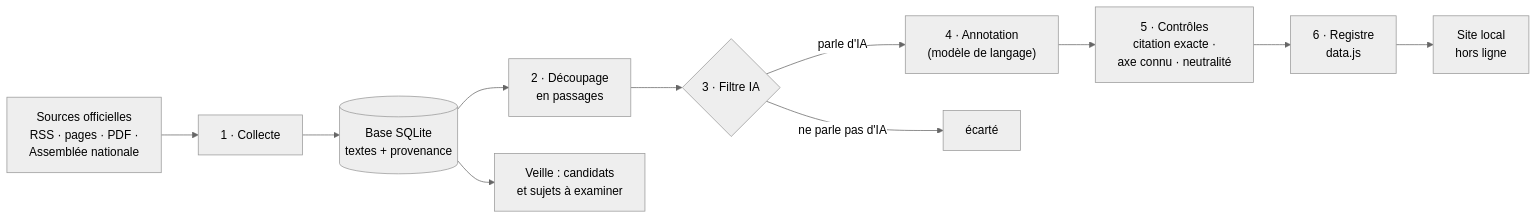
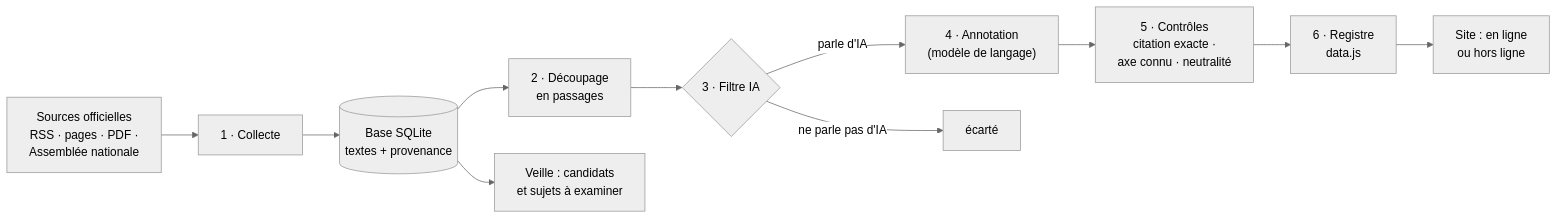
Before and after one commit to ESSEC-METALAB/ia-presidentielle: the diagram in README.md, drawn with Mermaid (neutral theme). The commit also changed other lines of this file and 1 other file, not shown here.

````diff
--- a/README.md
+++ b/README.md
@@ -90,13 +132,13 @@
 ```mermaid
 flowchart LR
     S["Sources officielles<br/>RSS · pages · PDF ·<br/>Assemblée nationale"] --> C["1 · Collecte"]
     C --> DB[("Base SQLite<br/>textes + provenance")]
     DB --> D["2 · Découpage<br/>en passages"]
     D --> F{"3 · Filtre IA"}
     F -- "parle d'IA" --> A["4 · Annotation<br/>(modèle de langage)"]
     F -- "ne parle pas d'IA" --> X["écarté"]
     A --> G["5 · Contrôles<br/>citation exacte ·<br/>axe connu · neutralité"]
     G --> R["6 · Registre<br/>data.js"]
-    R --> W["Site local<br/>hors ligne"]
+    R --> W["Site : en ligne<br/>ou hors ligne"]
     DB --> V["Veille : candidats<br/>et sujets à examiner"]
 ```
````
